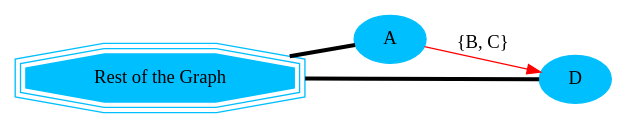
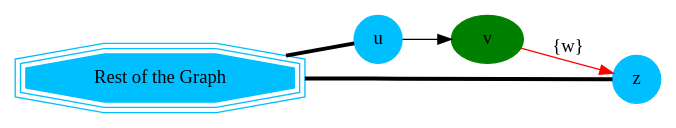
Diagram 12 of 13 in doc/contraction/contraction-family.rst (pgRouting/pgrouting), drawn with Graphviz before and after one commit. The commit also changed other lines of this file and 5 other files, not shown here.

```diff
--- a/doc/contraction/contraction-family.rst
+++ b/doc/contraction/contraction-family.rst
@@ -257,15 +301,12 @@
 .. graphviz::
 
     digraph G {
-        A [style=filled;color=deepskyblue];
-        D [style=filled; color=deepskyblue];
-        "G" [shape=tripleoctagon;
-        style=filled;color=deepskyblue;
-        label = "Rest of the Graph"];
+        u, z [shape=circle;style=filled;color=deepskyblue];
+        v [style=filled; color=green];
+        "G" [shape=tripleoctagon; style=filled;color=deepskyblue;label = "Rest of the Graph"];
 
         rankdir=LR;
-        G -> A [dir=none, weight=1, penwidth=3];
-        G -> D [dir=none, weight=1, penwidth=3];
-        A -> D [label="{B, C}";color=red];
-
+        G -> {u, z} [dir=none, weight=1, penwidth=3];
+        u -> v;
+        v -> z [label="{w}";color=red]
     }
```
